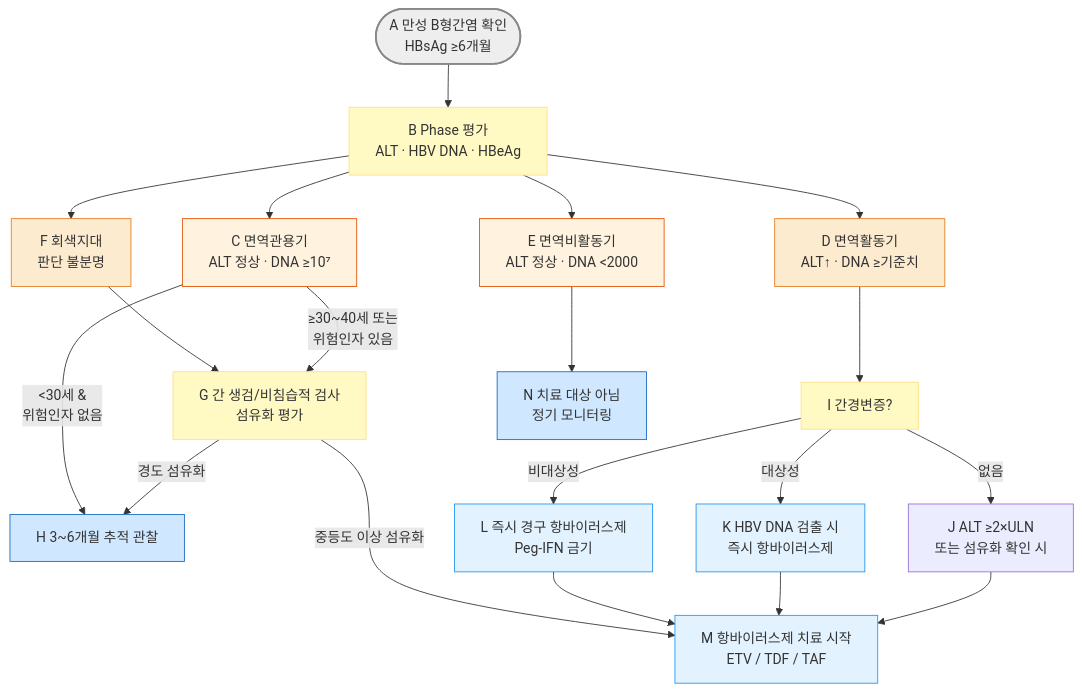
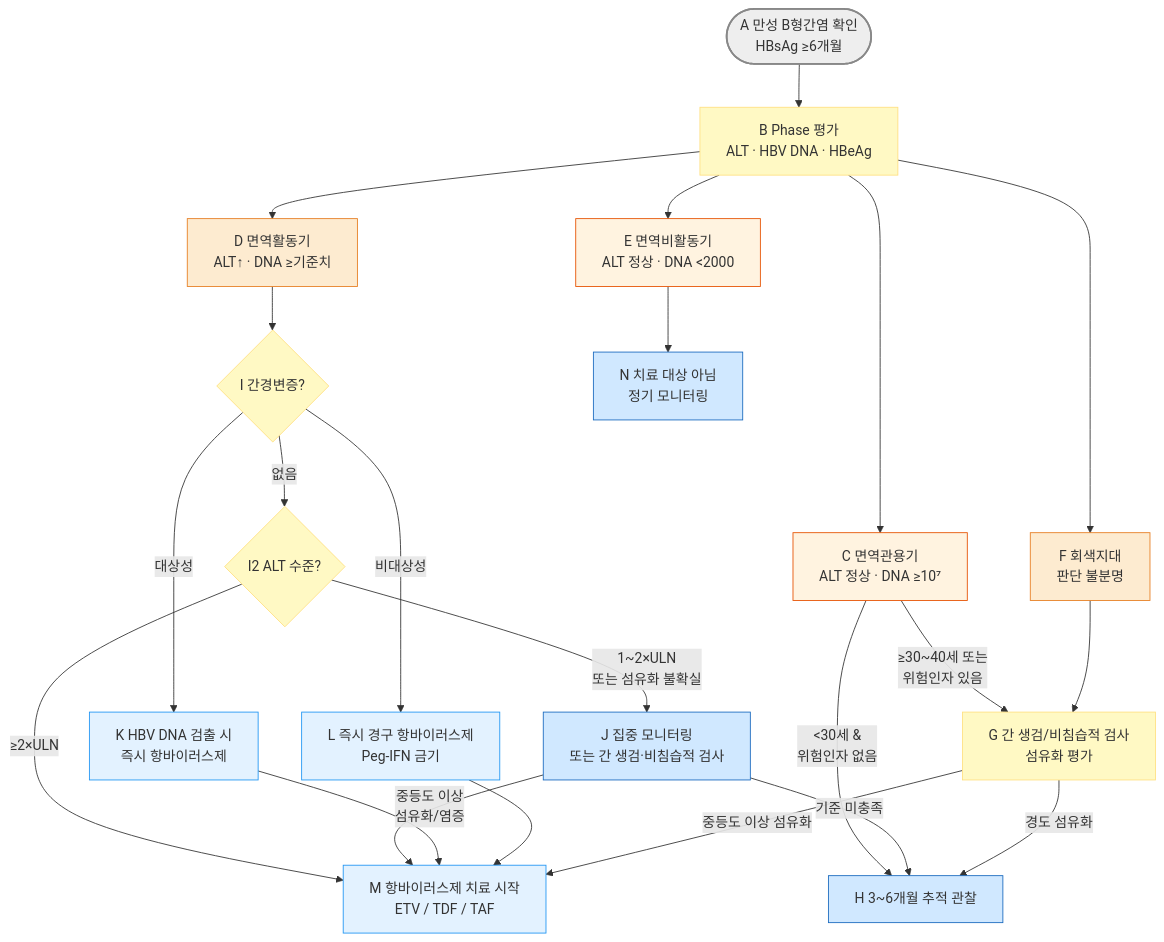
One commit to familyoh77/familyoh77 changed the first of 4 diagrams in 224_/091_b-hepatitis-b-viral-infection.md. Above: the diagram before and after it, drawn with Mermaid.

````diff
--- a/224_/091_b-hepatitis-b-viral-infection.md
+++ b/224_/091_b-hepatitis-b-viral-infection.md
@@ -145,34 +145,43 @@
 ```mermaid
 flowchart TD
     A([A 만성 B형간염 확인<br/>HBsAg ≥6개월]) --> B[B Phase 평가<br/>ALT · HBV DNA · HBeAg]
 
     B --> C[C 면역관용기<br/>ALT 정상 · DNA ≥10⁷]
     B --> D[D 면역활동기<br/>ALT↑ · DNA ≥기준치]
     B --> E[E 면역비활동기<br/>ALT 정상 · DNA <2000]
     B --> F[F 회색지대<br/>판단 불분명]
-    G -->|경도 섬유화| H
+
     C -->|≥30~40세 또는<br/>위험인자 있음| G[G 간 생검/비침습적 검사<br/>섬유화 평가]
-    C -->|<30세 & <br/>위험인자 없음| H[H 3~6개월 추적 관찰]
-    D --> I[I 간경변증?]
-    I -- 없음 --> J[J ALT ≥2×ULN<br/>또는 섬유화 확인 시]
+    C -->|<30세 &<br/>위험인자 없음| H[H 3~6개월 추적 관찰]
+
+    D --> I{I 간경변증?}
+    I -- 없음 --> I2{I2 ALT 수준?}
+    I2 -- "≥2×ULN" --> M
+    I2 -- "1~2×ULN<br/>또는 섬유화 불확실" --> J[J 집중 모니터링<br/>또는 간 생검·비침습적 검사]
+    J -->|중등도 이상<br/>섬유화/염증| M
+    J -->|기준 미충족| H
+
     I -- 대상성 --> K[K HBV DNA 검출 시<br/>즉시 항바이러스제]
     I -- 비대상성 --> L[L 즉시 경구 항바이러스제<br/>Peg-IFN 금기]
-    J --> M[M 항바이러스제 치료 시작<br/>ETV / TDF / TAF]
+
+    M[M 항바이러스제 치료 시작<br/>ETV / TDF / TAF]
     K --> M
     L --> M
+
     E --> N[N 치료 대상 아님<br/>정기 모니터링]
     G -->|중등도 이상 섬유화| M
+    G -->|경도 섬유화| H
     F --> G
 
 style A fill:#eeeeee,stroke:#888888,stroke-width:2px
 classDef yellow fill:#fff9c4,stroke:#ffe082
-class B,I,G yellow
+class B,I,I2,G yellow
 classDef orange fill:#fdebd0,stroke:#e67e22
 class D,F orange
 classDef orange50 fill:#fff3e0,stroke:#e65100
 class C,E orange50
 classDef blue fill:#d0e8ff,stroke:#1a6abf
-class H,N blue
+class H,N,J blue
 classDef sky fill:#e3f2ff,stroke:#2196f3
 class L,K,M sky
 ```
````
